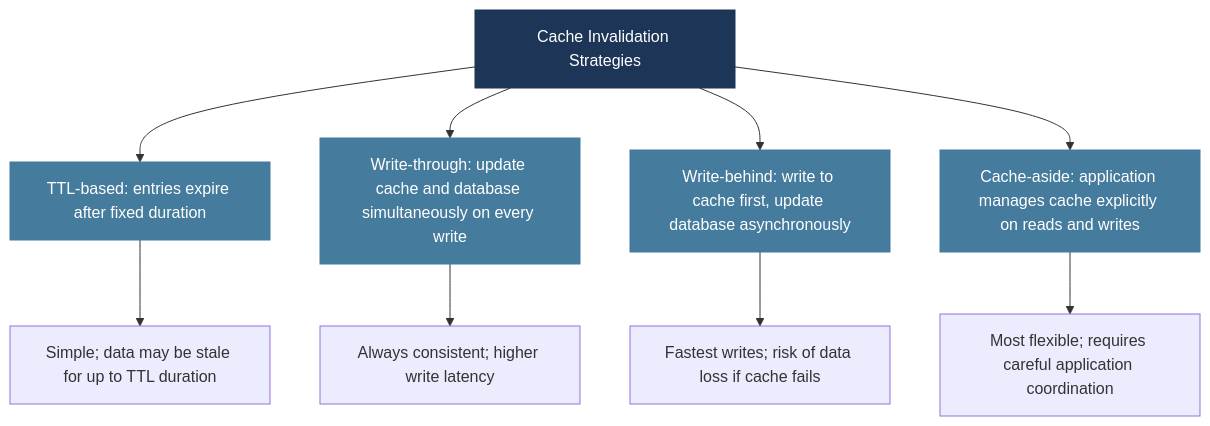
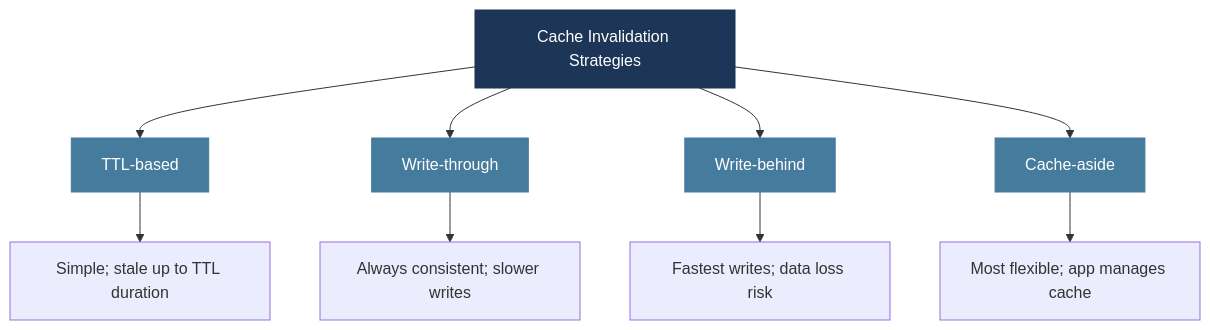
Before and after one commit to MuhammadTahaNasir/Big-Data-Analytics-Notes: the tenth of 16 diagrams in Week3/Lecture3_Partitioning_Sharding_Caching_QueryOpt.md, drawn with Mermaid. The commit also changed other lines of this file, not shown here.

First line of the commit message:
Add Week 3 Lecture notes on data management techniques

````diff
--- a/Week3/Lecture3_Partitioning_Sharding_Caching_QueryOpt.md
+++ b/Week3/Lecture3_Partitioning_Sharding_Caching_QueryOpt.md
@@ -345,18 +349,18 @@
 ```mermaid
 flowchart TD
-    STRAT[Cache Invalidation Strategies] --> TTL2[TTL-based: entries expire after fixed duration]
-    STRAT --> WT[Write-through: update cache and database simultaneously on every write]
-    STRAT --> WB[Write-behind: write to cache first, update database asynchronously]
-    STRAT --> CA[Cache-aside: application manages cache explicitly on reads and writes]
+    STRAT[Cache Invalidation Strategies] --> TTL2[TTL-based]
+    STRAT --> WT[Write-through]
+    STRAT --> WB[Write-behind]
+    STRAT --> CA[Cache-aside]
 
-    TTL2 --> T1[Simple; data may be stale for up to TTL duration]
-    WT --> T2[Always consistent; higher write latency]
-    WB --> T3[Fastest writes; risk of data loss if cache fails]
-    CA --> T4[Most flexible; requires careful application coordination]
+    TTL2 --> T1[Simple; stale up to TTL duration]
+    WT --> T2[Always consistent; slower writes]
+    WB --> T3[Fastest writes; data loss risk]
+    CA --> T4[Most flexible; app manages cache]
 
     style STRAT fill:#1d3557,color:#fff,stroke:#1d3557
     style TTL2 fill:#457b9d,color:#fff,stroke:#457b9d
     style WT fill:#457b9d,color:#fff,stroke:#457b9d
     style WB fill:#457b9d,color:#fff,stroke:#457b9d
     style CA fill:#457b9d,color:#fff,stroke:#457b9d
 ```
````
